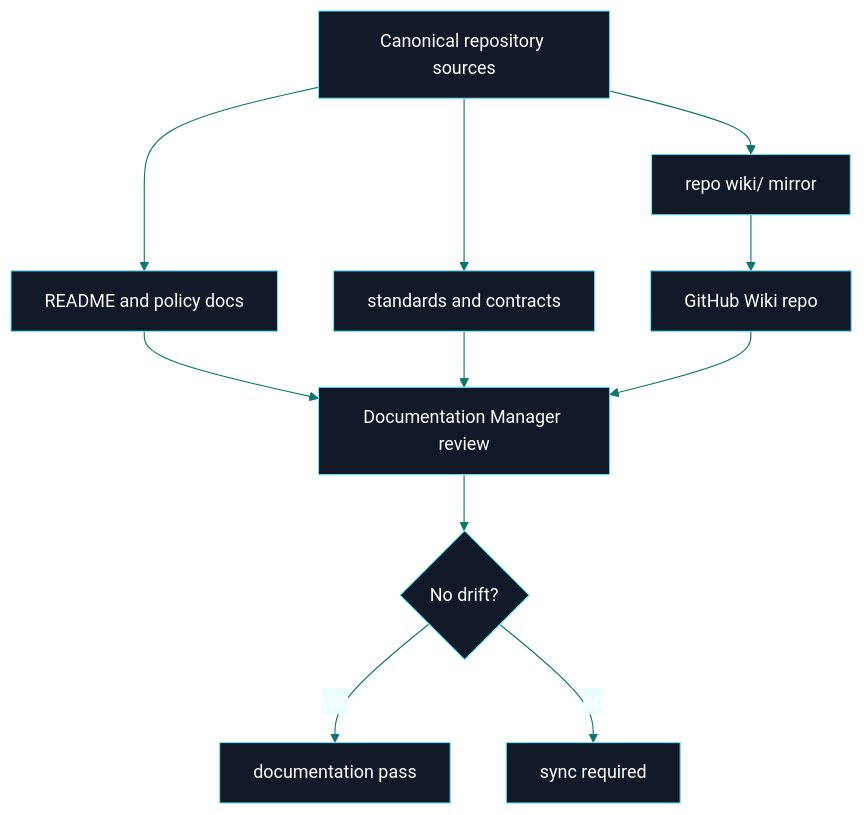
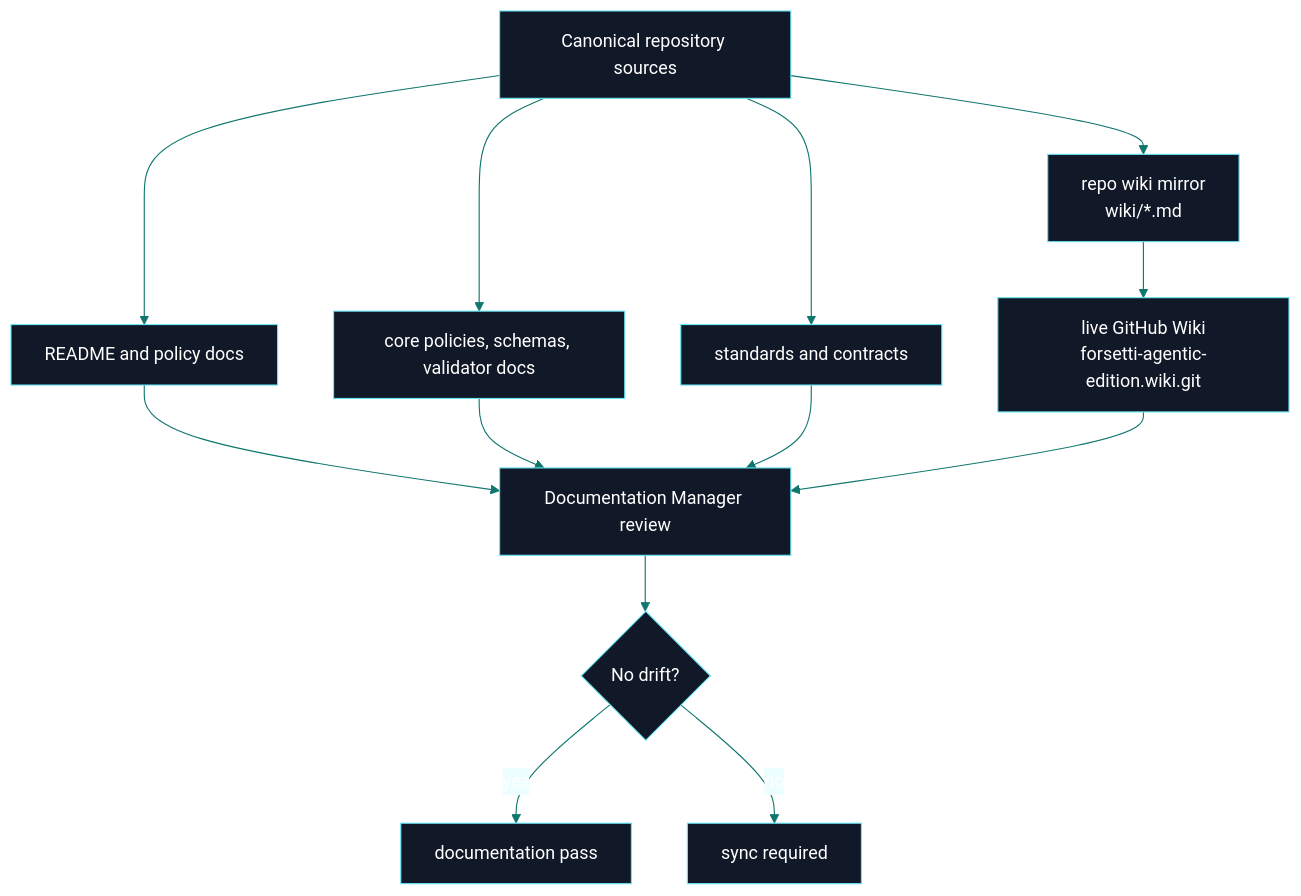
Before and after one commit to flynn33/forsetti-agentic-edition: the first of 3 diagrams in wiki/Documentation.md, drawn with Mermaid. The commit also changed other lines of this file and 11 other files, not shown here.

````diff
--- a/wiki/Documentation.md
+++ b/wiki/Documentation.md
@@ -12,14 +14,16 @@
 ```mermaid
 %%{init: {"theme":"base","themeVariables":{"primaryColor":"#111827","primaryTextColor":"#ffffff","primaryBorderColor":"#67e8f9","lineColor":"#0f766e","secondaryColor":"#ecfeff","tertiaryColor":"#f8fafc"}}}%%
 flowchart TB
-    Canon["Canonical repository sources"] --> Mirror["repo wiki/ mirror"]
-    Canon --> Readme["README and policy docs"]
+    Canon["Canonical repository sources"] --> README["README and policy docs"]
+    Canon --> Core["core policies, schemas, validator docs"]
     Canon --> Standards["standards and contracts"]
-    Mirror --> Live["GitHub Wiki repo"]
-    Readme --> Review["Documentation Manager review"]
+    Canon --> Mirror["repo wiki mirror<br/>wiki/*.md"]
+    Mirror --> Live["live GitHub Wiki<br/>forsetti-agentic-edition.wiki.git"]
+    README --> Review["Documentation Manager review"]
+    Core --> Review
     Standards --> Review
     Live --> Review
     Review --> Decision{"No drift?"}
     Decision -->|yes| Pass["documentation pass"]
     Decision -->|no| Repair["sync required"]
 ```
````
